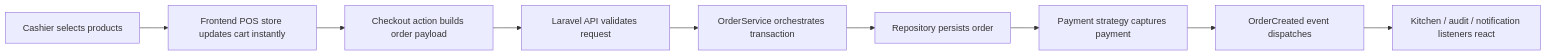
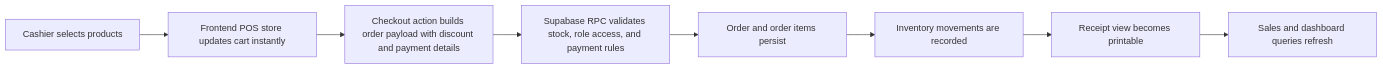
The diagram in README.md (Kakashimoto14/cafe-pos), drawn with Mermaid before and after one commit. The commit also changed other lines of this file and 37 other files, not shown here.

````diff
--- a/README.md
+++ b/README.md
@@ -377,11 +381,10 @@
 ```mermaid
 flowchart LR
     A["Cashier selects products"] --> B["Frontend POS store updates cart instantly"]
-    B --> C["Checkout action builds order payload"]
-    C --> D["Laravel API validates request"]
-    D --> E["OrderService orchestrates transaction"]
-    E --> F["Repository persists order"]
-    F --> G["Payment strategy captures payment"]
-    G --> H["OrderCreated event dispatches"]
-    H --> I["Kitchen / audit / notification listeners react"]
+    B --> C["Checkout action builds order payload with discount and payment details"]
+    C --> D["Supabase RPC validates stock, role access, and payment rules"]
+    D --> E["Order and order items persist"]
+    E --> F["Inventory movements are recorded"]
+    F --> G["Receipt view becomes printable"]
+    G --> H["Sales and dashboard queries refresh"]
 ```
````
